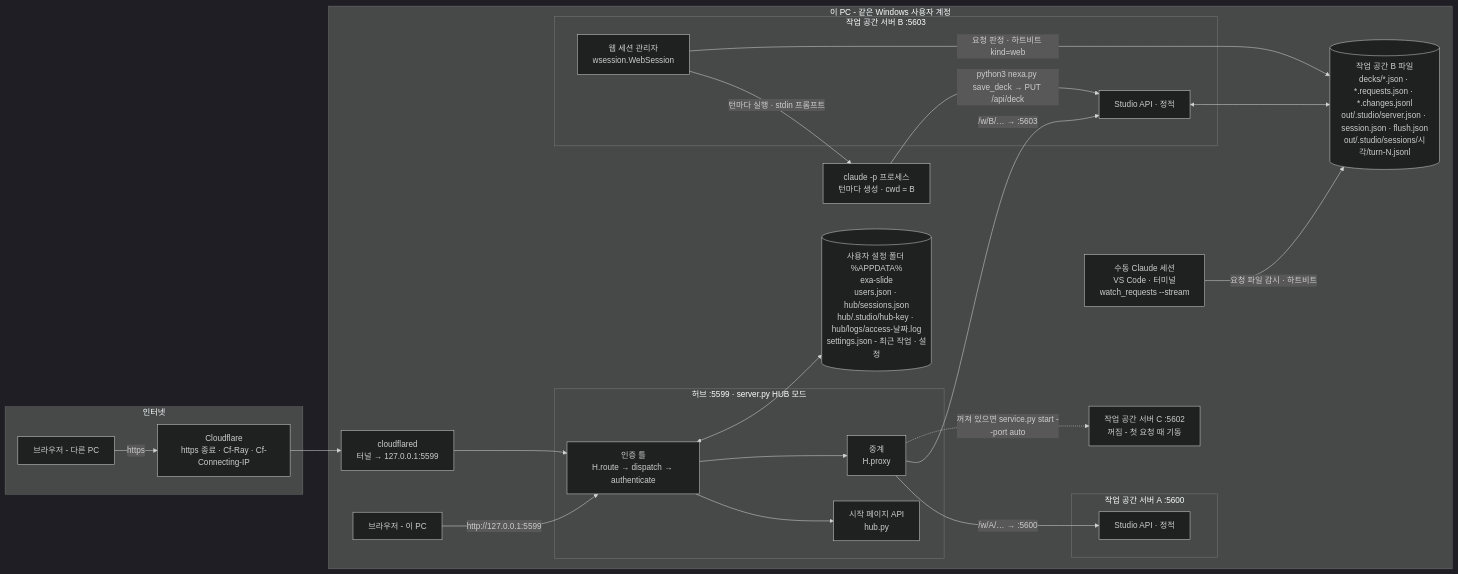
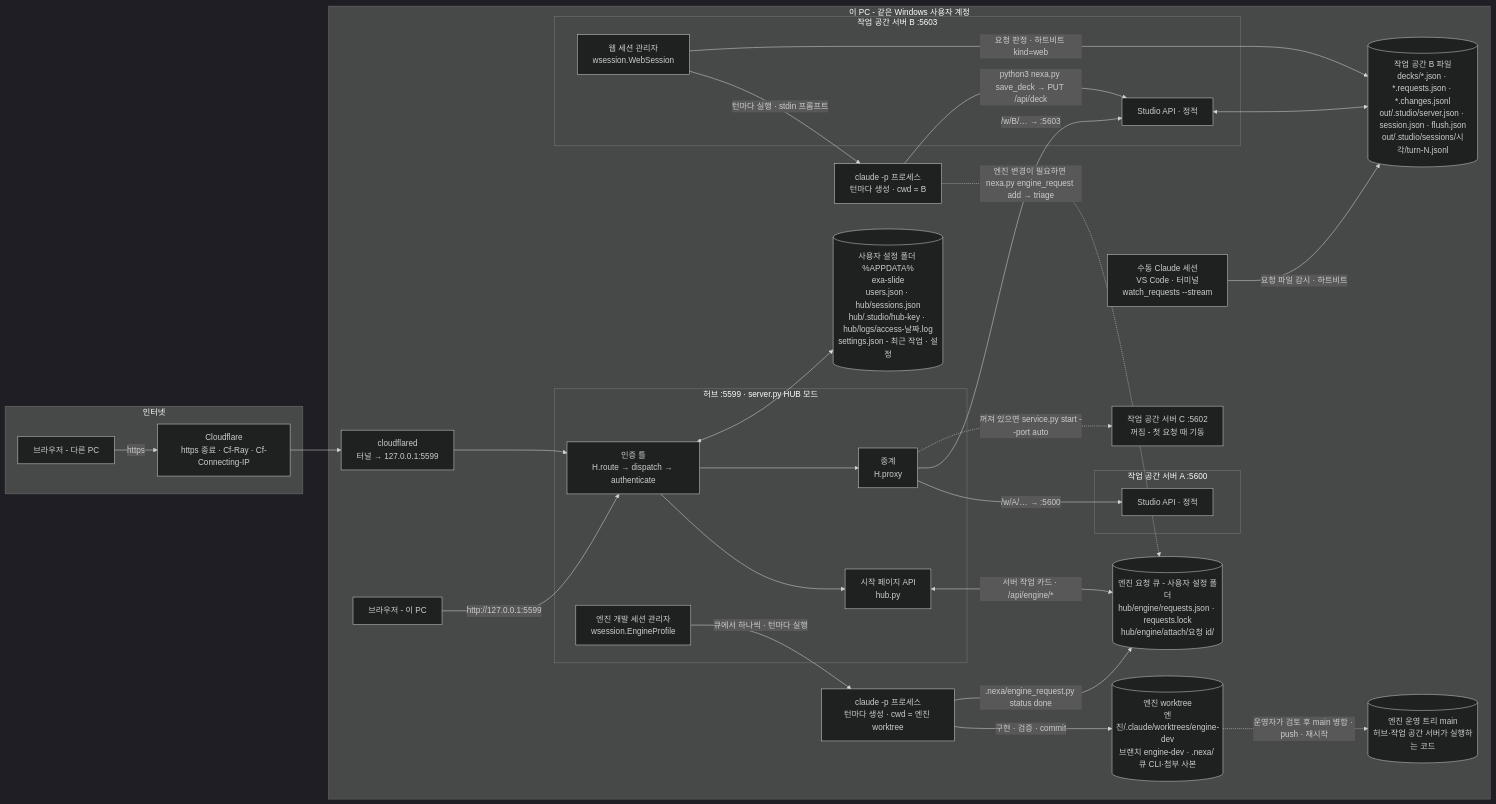
Before and after one commit to SosomLab/nexa-slide: the first of 8 diagrams in docs/mechanism.md, drawn with Mermaid (dark theme). The commit also changed other lines of this file and 1 other file, not shown here.

First line of the commit message:
docs: 엔진 요청 적용 절차(server-admin 9절) · 동작 메커니즘에 엔진 요청 큐·엔진 개발 세션 흐름과 0.19~0.21 API

````diff
--- a/docs/mechanism.md
+++ b/docs/mechanism.md
@@ -24,41 +24,52 @@
 ```mermaid
 flowchart LR
     subgraph NET[인터넷]
         B1[브라우저 - 다른 PC]
         CF[Cloudflare<br/>https 종료 · Cf-Ray · Cf-Connecting-IP]
     end
     subgraph PC[이 PC - 같은 Windows 사용자 계정]
         TUN[cloudflared<br/>터널 → 127.0.0.1:5599]
         B2[브라우저 - 이 PC]
         subgraph HUB[허브 :5599 · server.py HUB 모드]
             AUTHN[인증 틀<br/>H.route → dispatch → authenticate]
             RELAY[중계<br/>H.proxy]
             HOMEAPI[시작 페이지 API<br/>hub.py]
+            ENGS[엔진 개발 세션 관리자<br/>wsession.EngineProfile]
         end
         subgraph WSA[작업 공간 서버 A :5600]
             APIA[Studio API · 정적]
         end
         subgraph WSB[작업 공간 서버 B :5603]
             APIB[Studio API · 정적]
             WSESS[웹 세션 관리자<br/>wsession.WebSession]
         end
         WSC[작업 공간 서버 C :5602<br/>꺼짐 - 첫 요청 때 기동]
         CL[claude -p 프로세스<br/>턴마다 생성 · cwd = B]
         MAN[수동 Claude 세션<br/>VS Code · 터미널<br/>watch_requests --stream]
         UD[(사용자 설정 폴더 %APPDATA%\nexa-slide<br/>users.json · hub/sessions.json<br/>hub/.studio/hub-key · hub/logs/access-날짜.log<br/>settings.json - 최근 작업 · 설정)]
         FSB[(작업 공간 B 파일<br/>decks/*.json · *.requests.json · *.changes.jsonl<br/>out/.studio/server.json · session.json · flush.json<br/>out/.studio/sessions/시각/turn-N.jsonl)]
+        Q[(엔진 요청 큐 - 사용자 설정 폴더<br/>hub/engine/requests.json · requests.lock<br/>hub/engine/attach/요청 id/)]
+        CLE[claude -p 프로세스<br/>턴마다 생성 · cwd = 엔진 worktree]
+        WT[(엔진 worktree<br/>엔진/.claude/worktrees/engine-dev<br/>브랜치 engine-dev · .nexa/ 큐 CLI·첨부 사본)]
+        MAIN[(엔진 운영 트리 main<br/>허브·작업 공간 서버가 실행하는 코드)]
     end
     B1 -->|https| CF --> TUN --> AUTHN
     B2 -->|http://127.0.0.1:5599| AUTHN
     AUTHN --> HOMEAPI
     AUTHN --> RELAY
     RELAY -->|/w/A/… → :5600| APIA
     RELAY -->|/w/B/… → :5603| APIB
     RELAY -.->|꺼져 있으면 service.py start --port auto| WSC
     AUTHN <--> UD
     APIB <--> FSB
     WSESS -->|턴마다 실행 · stdin 프롬프트| CL
     CL -->|python3 nexa.py save_deck → PUT /api/deck| APIB
     MAN -->|요청 파일 감시 · 하트비트| FSB
     WSESS -->|요청 판정 · 하트비트 kind=web| FSB
+    CL -.->|엔진 변경이 필요하면 nexa.py engine_request add → triage| Q
+    HOMEAPI <-->|서버 작업 카드 · /api/engine/*| Q
+    ENGS -->|큐에서 하나씩 · 턴마다 실행| CLE
+    CLE -->|구현 · 검증 · commit| WT
+    CLE -->|.nexa/engine_request.py status done| Q
+    WT -.->|운영자가 검토 후 main 병합 · push · 재시작| MAIN
 ```
````
